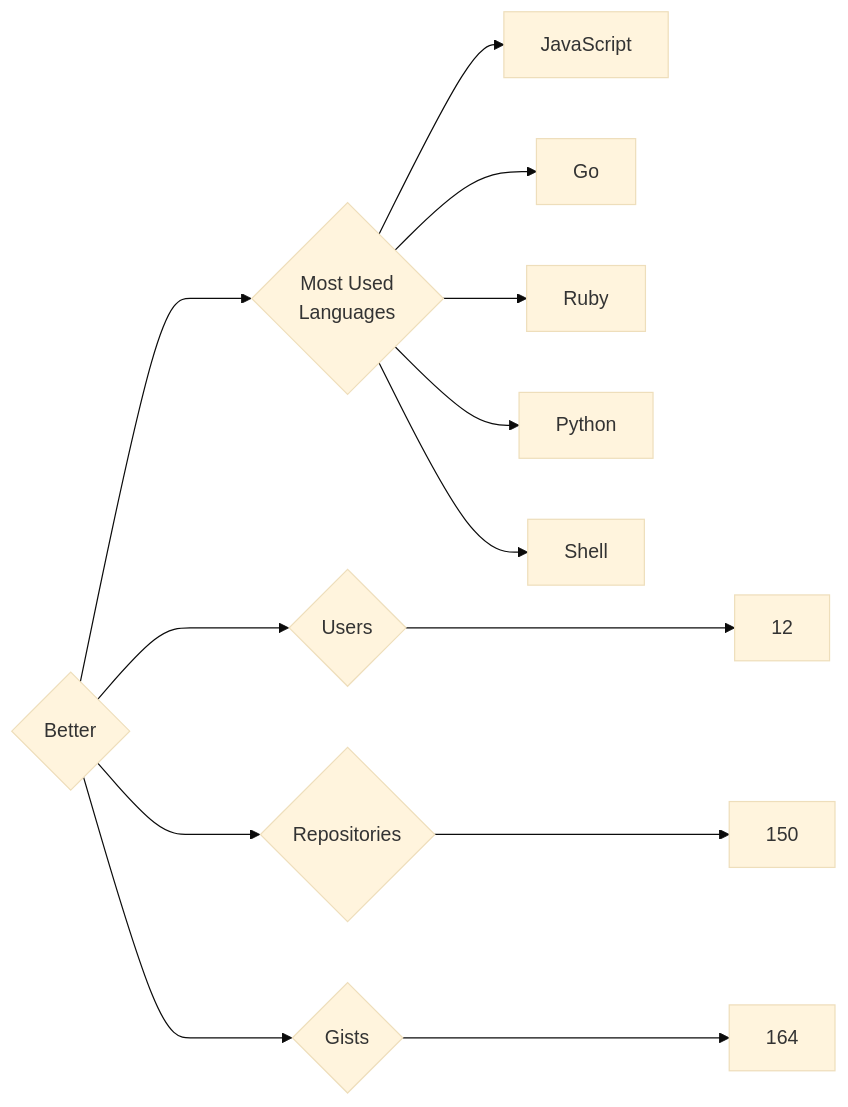
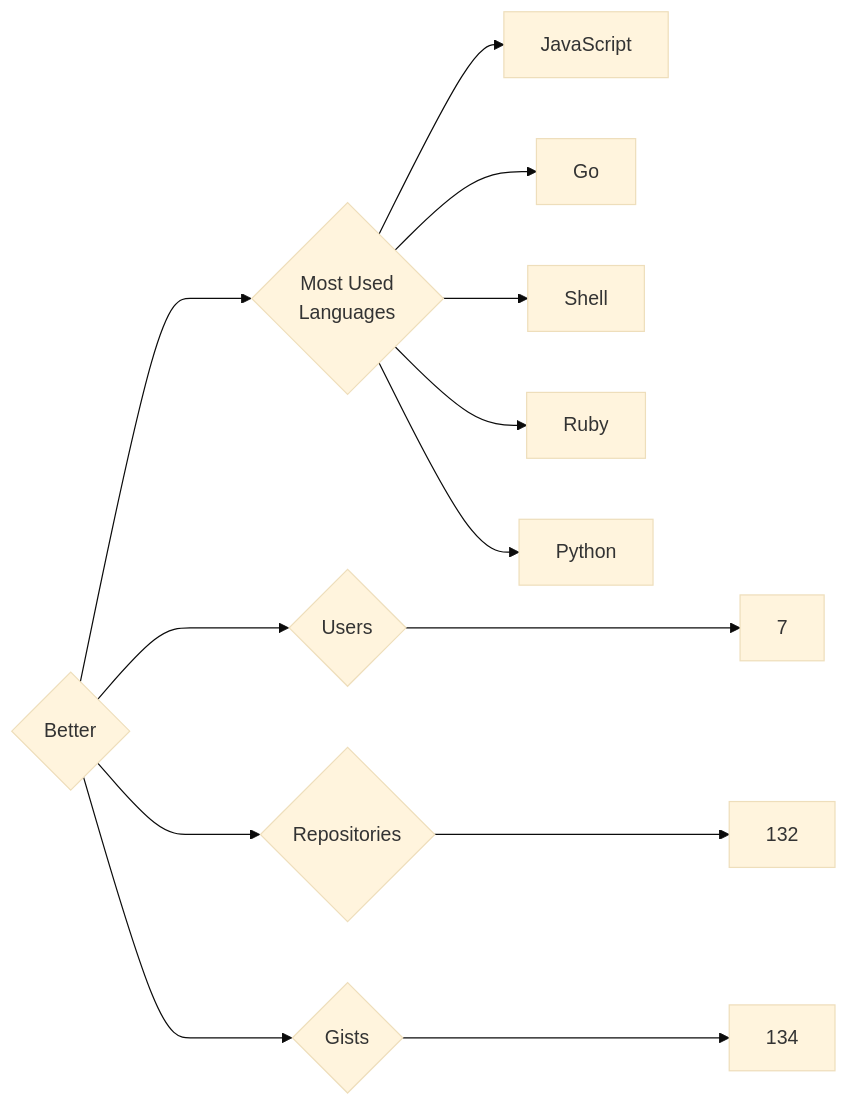
The diagram in targets/Better/README.md (trickest/insiders), drawn with Mermaid (base theme) before and after one commit. The commit also changed 845 other files, not shown here.

````diff
--- a/targets/Better/README.md
+++ b/targets/Better/README.md
@@ -3,13 +3,13 @@
 ```mermaid
 graph LR
 COMPANY_NAME{Better}
-COMPANY_NAME ---> U{Users} ---> UN[12]
-COMPANY_NAME ---> R{Repositories} ---> RN[150]
-COMPANY_NAME ---> G{Gists} ---> GN[164]
+COMPANY_NAME ---> U{Users} ---> UN[7]
+COMPANY_NAME ---> R{Repositories} ---> RN[132]
+COMPANY_NAME ---> G{Gists} ---> GN[134]
 COMPANY_NAME ---> ML{Most Used<br>Languages}
 ML --> JavaScript[JavaScript]
 ML --> Go[Go]
+ML --> Shell[Shell]
 ML --> Ruby[Ruby]
 ML --> Python[Python]
-ML --> Shell[Shell]
 ```
````
